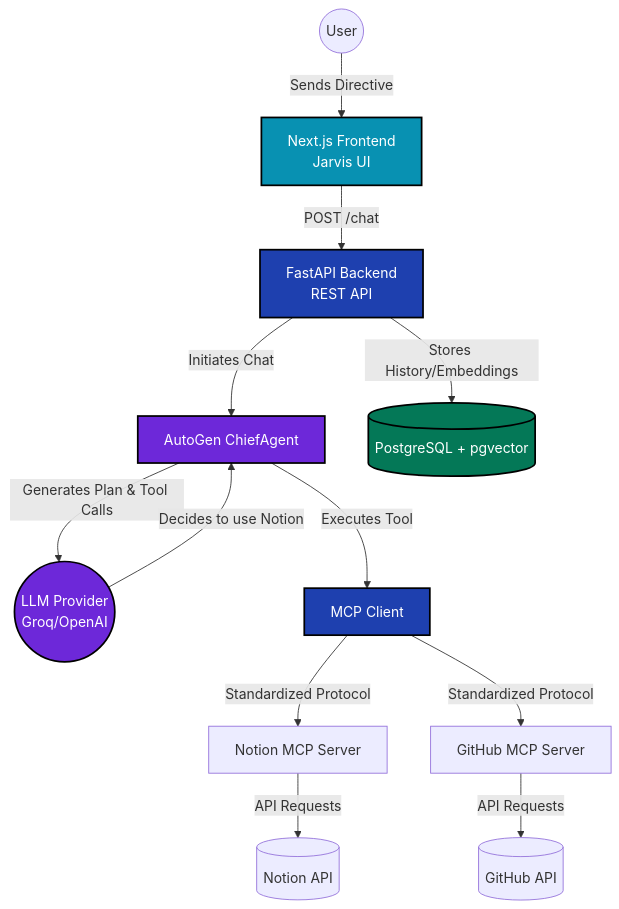
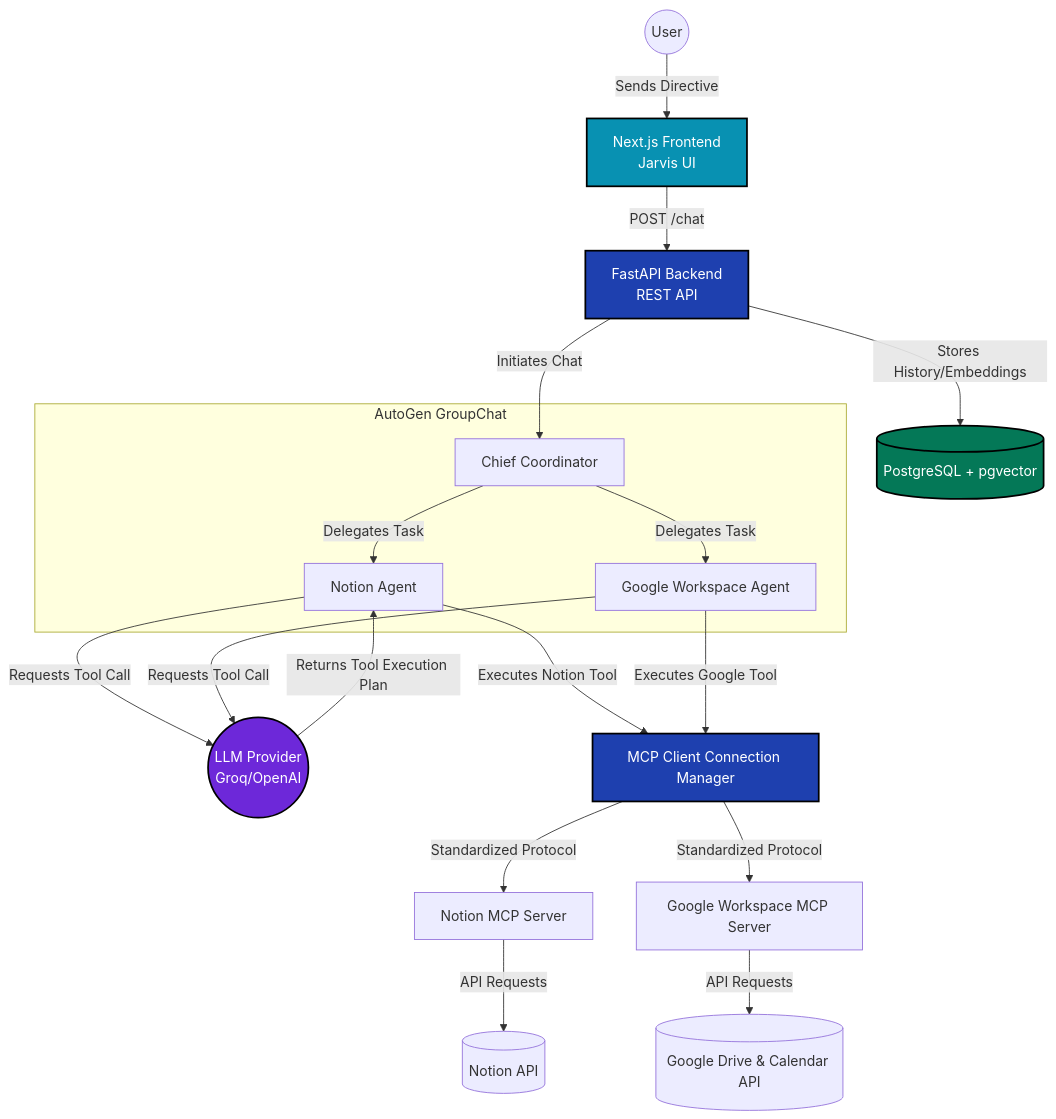
One commit to prosws2210/Enterprise-MCP-AutoGen changed the diagram in README.md. Above: the diagram before and after it, drawn with Mermaid. The commit also changed other lines of this file, not shown here.

Commit message:
docs: update architecture diagram and descriptions for Multi-Agent GroupChat

````diff
--- a/README.md
+++ b/README.md
@@ -37,46 +37,60 @@
 ```mermaid
 graph TD
     %% Entities
     User((User))
     Frontend[Next.js Frontend\nJarvis UI]
     Backend[FastAPI Backend\nREST API]
-    AutoGen[AutoGen ChiefAgent]
+    
+    %% Agents
+    subgraph AutoGen GroupChat
+    ChiefAgent[Chief Coordinator]
+    NotionAgent[Notion Agent]
+    GoogleAgent[Google Workspace Agent]
+    end
+    
     LLM((LLM Provider\nGroq/OpenAI))
-    MCPClient[MCP Client]
+    MCPClient[MCP Client Connection Manager]
     
     %% MCP Servers
     MCPServer1[Notion MCP Server]
-    MCPServer2[GitHub MCP Server]
+    MCPServer2[Google Workspace MCP Server]
     
     %% External APIs
     NotionAPI[(Notion API)]
-    GitHubAPI[(GitHub API)]
+    GoogleAPI[(Google Drive & Calendar API)]
     Postgres[(PostgreSQL + pgvector)]
 
     %% Flow
     User -- "Sends Directive" --> Frontend
     Frontend -- "POST /chat" --> Backend
-    Backend -- "Initiates Chat" --> AutoGen
-    AutoGen -- "Generates Plan & Tool Calls" --> LLM
-    LLM -- "Decides to use Notion" --> AutoGen
-    AutoGen -- "Executes Tool" --> MCPClient
+    Backend -- "Initiates Chat" --> ChiefAgent
+    
+    ChiefAgent -- "Delegates Task" --> NotionAgent
+    ChiefAgent -- "Delegates Task" --> GoogleAgent
+    
+    NotionAgent -- "Requests Tool Call" --> LLM
+    GoogleAgent -- "Requests Tool Call" --> LLM
+    LLM -- "Returns Tool Execution Plan" --> NotionAgent
+    
+    NotionAgent -- "Executes Notion Tool" --> MCPClient
+    GoogleAgent -- "Executes Google Tool" --> MCPClient
     
     MCPClient -- "Standardized Protocol" --> MCPServer1
     MCPClient -- "Standardized Protocol" --> MCPServer2
     
     MCPServer1 -- "API Requests" --> NotionAPI
-    MCPServer2 -- "API Requests" --> GitHubAPI
+    MCPServer2 -- "API Requests" --> GoogleAPI
     
     Backend -- "Stores History/Embeddings" --> Postgres
     
     %% Styling
     classDef frontend fill:#0891b2,stroke:#000,stroke-width:2px,color:#fff
     classDef backend fill:#1e40af,stroke:#000,stroke-width:2px,color:#fff
     classDef ai fill:#6d28d9,stroke:#000,stroke-width:2px,color:#fff
     classDef db fill:#047857,stroke:#000,stroke-width:2px,color:#fff
     
     class Frontend frontend
     class Backend,MCPClient backend
     class AutoGen,LLM ai
     class Postgres db
 ```
````
